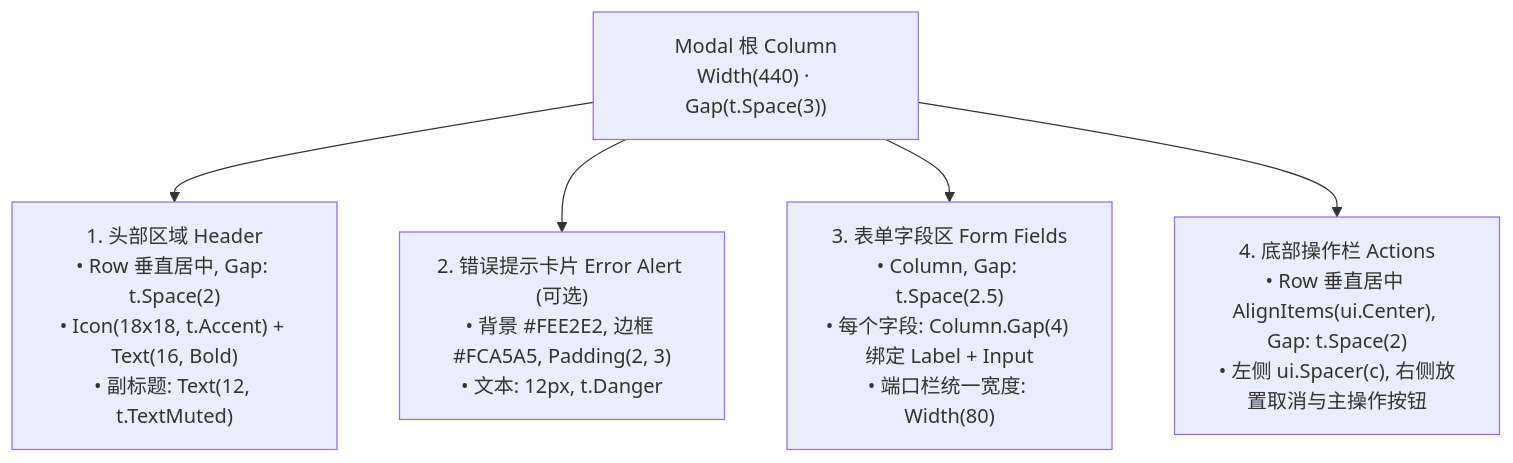
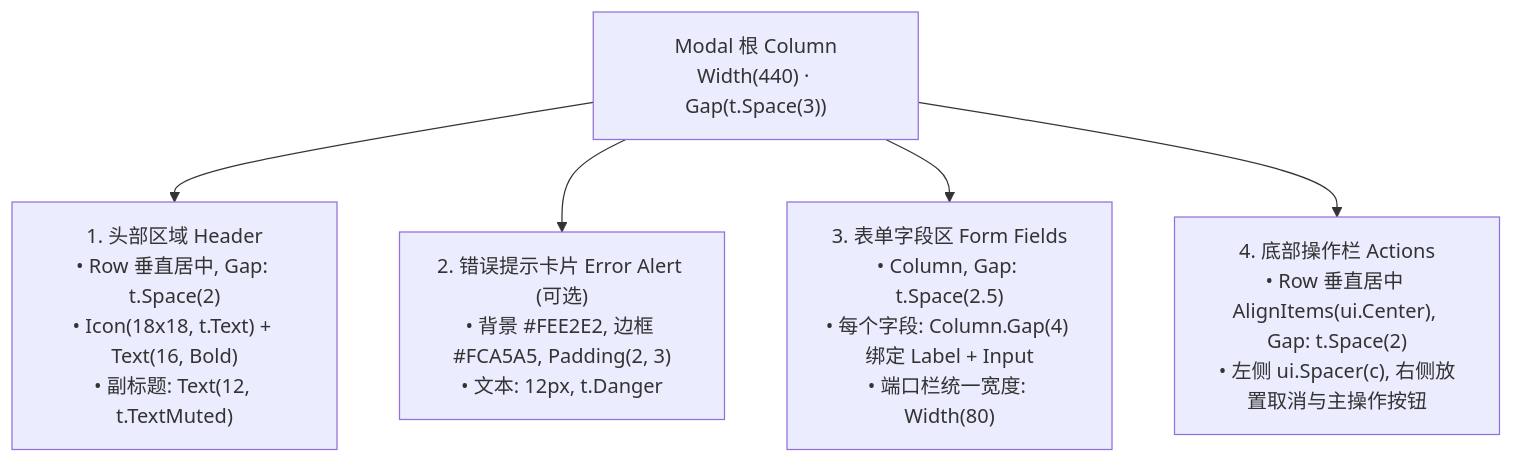
Before and after one commit to my3rs/GoShell: the diagram in docs/ui_spec.md, drawn with Mermaid. The commit also changed other lines of this file, not shown here.

````diff
--- a/docs/ui_spec.md
+++ b/docs/ui_spec.md
@@ -43,13 +47,13 @@
 ```mermaid
 flowchart TD
     M["Modal 根 Column<br/>Width(440) · Gap(t.Space(3))"]
-    H["1. 头部区域 Header<br/>• Row 垂直居中, Gap: t.Space(2)<br/>• Icon(18x18, t.Accent) + Text(16, Bold)<br/>• 副标题: Text(12, t.TextMuted)"]
+    H["1. 头部区域 Header<br/>• Row 垂直居中, Gap: t.Space(2)<br/>• Icon(18x18, t.Text) + Text(16, Bold)<br/>• 副标题: Text(12, t.TextMuted)"]
     E["2. 错误提示卡片 Error Alert (可选)<br/>• 背景 #FEE2E2, 边框 #FCA5A5, Padding(2, 3)<br/>• 文本: 12px, t.Danger"]
     F["3. 表单字段区 Form Fields<br/>• Column, Gap: t.Space(2.5)<br/>• 每个字段: Column.Gap(4) 绑定 Label + Input<br/>• 端口栏统一宽度: Width(80)"]
     A["4. 底部操作栏 Actions<br/>• Row 垂直居中 AlignItems(ui.Center), Gap: t.Space(2)<br/>• 左侧 ui.Spacer(c), 右侧放置取消与主操作按钮"]
 
     M --> H
     M --> E
     M --> F
     M --> A
 ```
````
